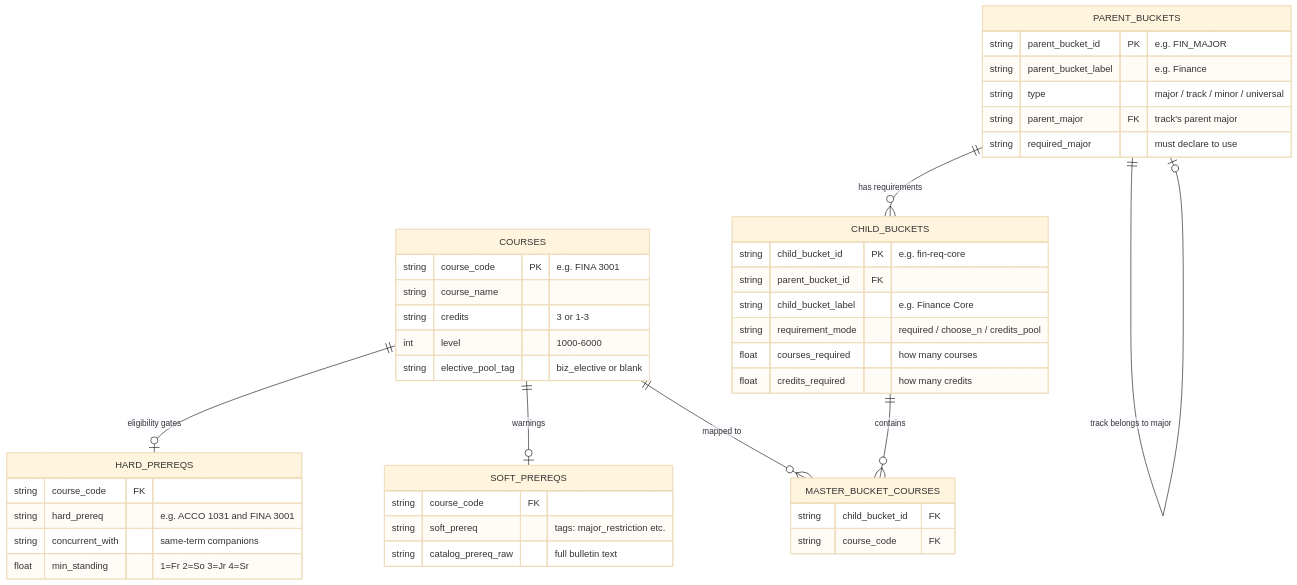
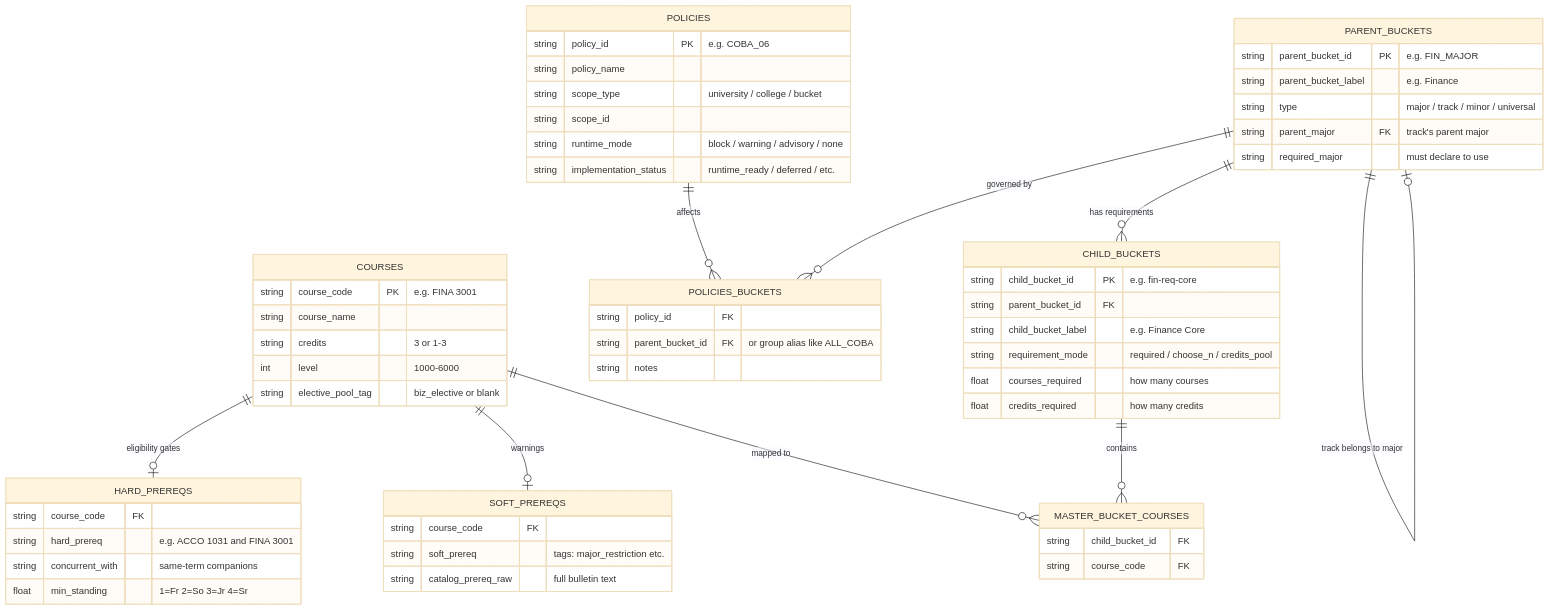
The second of 2 diagrams in data/data_model.md (markiengo/marqbot), drawn with Mermaid (base theme) before and after one commit. The commit also changed other lines of this file and 13 other files, not shown here.

````diff
--- a/data/data_model.md
+++ b/data/data_model.md
@@ -59,52 +59,69 @@
 ```mermaid
 erDiagram
     COURSES {
         string course_code PK "e.g. FINA 3001"
         string course_name
         string credits "3 or 1-3"
         int level "1000-6000"
         string elective_pool_tag "biz_elective or blank"
     }
 
     PARENT_BUCKETS {
         string parent_bucket_id PK "e.g. FIN_MAJOR"
         string parent_bucket_label "e.g. Finance"
         string type "major / track / minor / universal"
         string parent_major FK "track's parent major"
         string required_major "must declare to use"
     }
 
     CHILD_BUCKETS {
         string child_bucket_id PK "e.g. fin-req-core"
         string parent_bucket_id FK
         string child_bucket_label "e.g. Finance Core"
         string requirement_mode "required / choose_n / credits_pool"
         float courses_required "how many courses"
         float credits_required "how many credits"
     }
 
     MASTER_BUCKET_COURSES {
         string child_bucket_id FK
         string course_code FK
     }
 
     HARD_PREREQS {
         string course_code FK
         string hard_prereq "e.g. ACCO 1031 and FINA 3001"
         string concurrent_with "same-term companions"
         float min_standing "1=Fr 2=So 3=Jr 4=Sr"
     }
 
     SOFT_PREREQS {
         string course_code FK
         string soft_prereq "tags: major_restriction etc."
         string catalog_prereq_raw "full bulletin text"
     }
 
+    POLICIES {
+        string policy_id PK "e.g. COBA_06"
+        string policy_name
+        string scope_type "university / college / bucket"
+        string scope_id
+        string runtime_mode "block / warning / advisory / none"
+        string implementation_status "runtime_ready / deferred / etc."
+    }
+
+    POLICIES_BUCKETS {
+        string policy_id FK
+        string parent_bucket_id FK "or group alias like ALL_COBA"
+        string notes
+    }
+
+    POLICIES ||--o{ POLICIES_BUCKETS : "affects"
+    PARENT_BUCKETS ||--o{ POLICIES_BUCKETS : "governed by"
     COURSES ||--o| HARD_PREREQS : "eligibility gates"
     COURSES ||--o| SOFT_PREREQS : "warnings"
     COURSES ||--o{ MASTER_BUCKET_COURSES : "mapped to"
     CHILD_BUCKETS ||--o{ MASTER_BUCKET_COURSES : "contains"
     PARENT_BUCKETS ||--o{ CHILD_BUCKETS : "has requirements"
     PARENT_BUCKETS ||--o| PARENT_BUCKETS : "track belongs to major"
 ```
````
